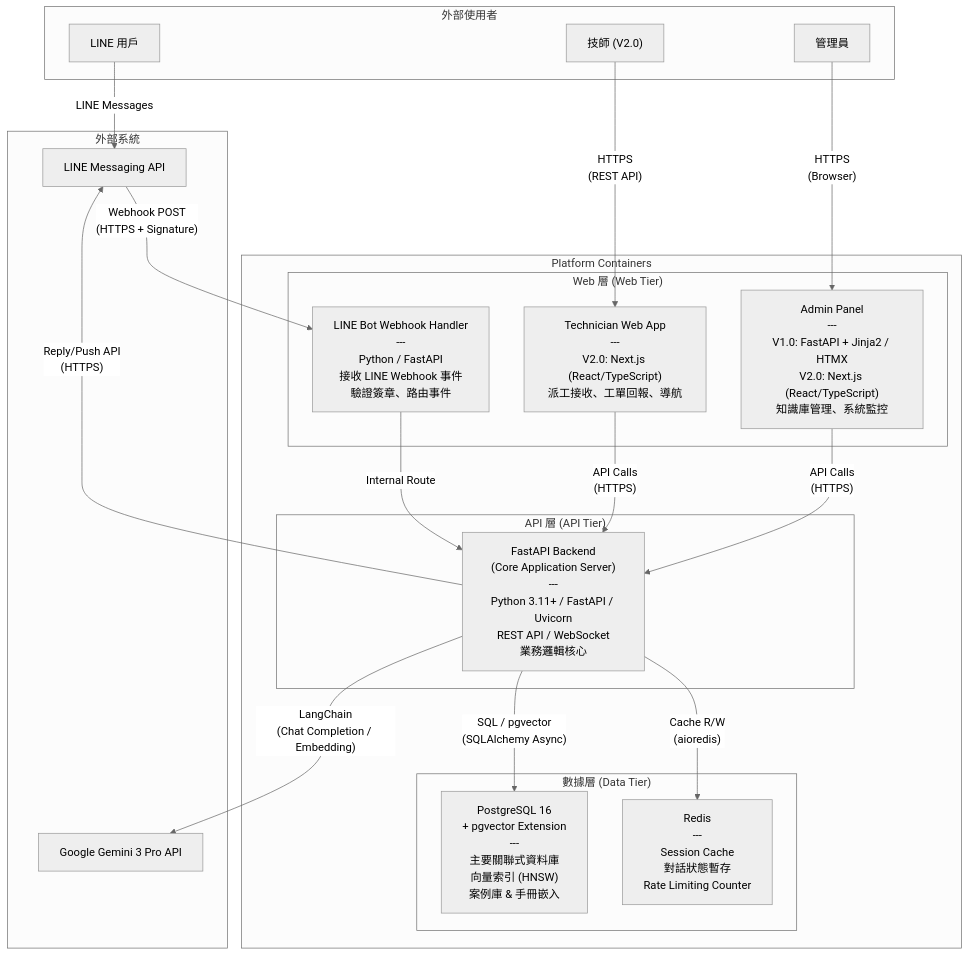
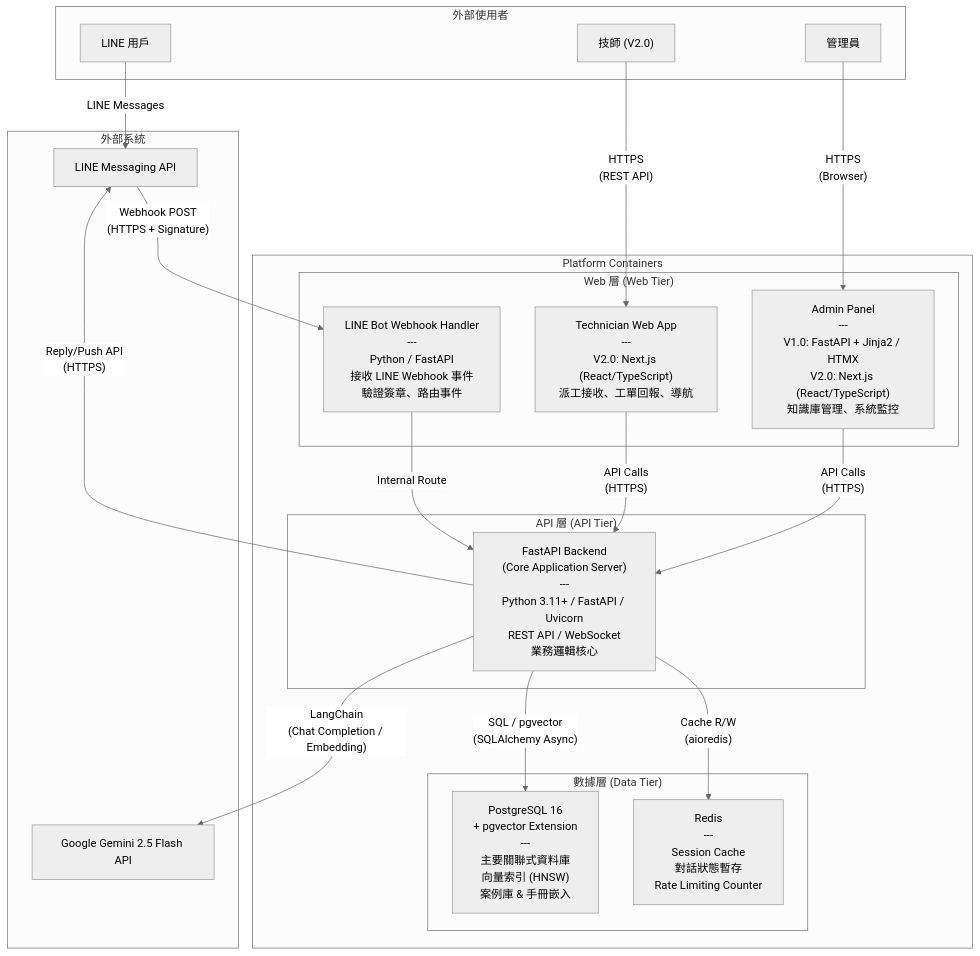
The second of 11 diagrams in docs/project-docs/05_architecture_and_design_document.md (sunnyDataScience/Smart-Lock_AI_Support_Service_Dispatch_SaaS_Platform), drawn with Mermaid (neutral theme) before and after one commit. The commit also changed other lines of this file and 22 other files, not shown here.

````diff
--- a/docs/project-docs/05_architecture_and_design_document.md
+++ b/docs/project-docs/05_architecture_and_design_document.md
@@ -98,45 +99,45 @@
 ```mermaid
 graph TB
     subgraph "外部使用者"
         LU["LINE 用戶"]
         TU["技師 (V2.0)"]
         AU["管理員"]
     end
 
     subgraph "外部系統"
         LINE_API["LINE Messaging API"]
-        GOOGLE_AI_API["Google Gemini 3 Pro API"]
+        GOOGLE_AI_API["Google Gemini 2.5 Flash API"]
     end
 
     subgraph "Platform Containers"
         subgraph "Web 層 (Web Tier)"
             WEBHOOK["LINE Bot Webhook Handler<br/>---<br/>Python / FastAPI<br/>接收 LINE Webhook 事件<br/>驗證簽章、路由事件"]
             ADMIN["Admin Panel<br/>---<br/>V1.0: FastAPI + Jinja2 / HTMX<br/>V2.0: Next.js (React/TypeScript)<br/>知識庫管理、系統監控"]
             TECHAPP["Technician Web App<br/>---<br/>V2.0: Next.js (React/TypeScript)<br/>派工接收、工單回報、導航"]
         end
 
         subgraph "API 層 (API Tier)"
             API["FastAPI Backend<br/>(Core Application Server)<br/>---<br/>Python 3.11+ / FastAPI / Uvicorn<br/>REST API / WebSocket<br/>業務邏輯核心"]
         end
 
         subgraph "數據層 (Data Tier)"
             PG["PostgreSQL 16<br/>+ pgvector Extension<br/>---<br/>主要關聯式資料庫<br/>向量索引 (HNSW)<br/>案例庫 & 手冊嵌入"]
             REDIS["Redis<br/>---<br/>Session Cache<br/>對話狀態暫存<br/>Rate Limiting Counter"]
         end
     end
 
     LU -- "LINE Messages" --> LINE_API
     LINE_API -- "Webhook POST<br/>(HTTPS + Signature)" --> WEBHOOK
     WEBHOOK -- "Internal Route" --> API
     API -- "Reply/Push API<br/>(HTTPS)" --> LINE_API
 
     TU -- "HTTPS<br/>(REST API)" --> TECHAPP
     TECHAPP -- "API Calls<br/>(HTTPS)" --> API
 
     AU -- "HTTPS<br/>(Browser)" --> ADMIN
     ADMIN -- "API Calls<br/>(HTTPS)" --> API
 
     API -- "LangChain<br/>(Chat Completion / Embedding)" --> GOOGLE_AI_API
     API -- "SQL / pgvector<br/>(SQLAlchemy Async)" --> PG
     API -- "Cache R/W<br/>(aioredis)" --> REDIS
 ```
````
